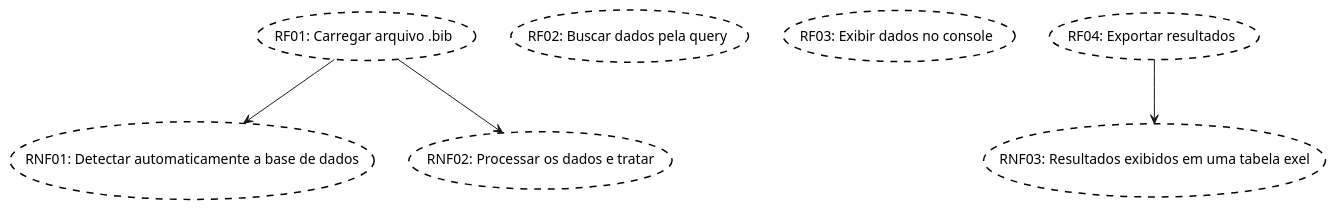
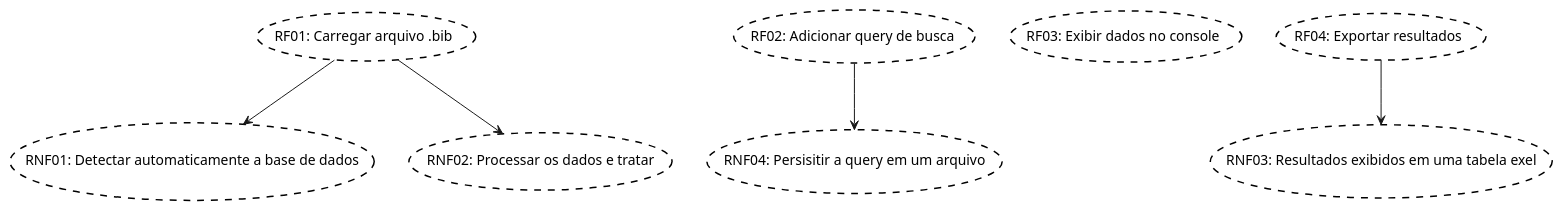
The diagram in docs/diagrama-de-requisitos.puml (RonyFonseca/BibSync), drawn with PlantUML before and after one commit.

Commit message:
docs(Diagrama-de-requisito): Mudanças no RF de query de busca.

```diff
--- a/docs/diagrama-de-requisitos.puml
+++ b/docs/diagrama-de-requisitos.puml
@@ -1,18 +1,20 @@
 @startuml
 ' Requisitos funcionais (RF)
 requirement "RF01: Carregar arquivo .bib" as RF01
-requirement "RF02: Buscar dados pela query" as RF02
+requirement "RF02: Adicionar query de busca" as RF02
 requirement "RF03: Exibir dados no console" as RF03
 requirement "RF04: Exportar resultados" as RF04
 
 ' Requisitos não funcionais (RNF)
 requirement "RNF01: Detectar automaticamente a base de dados" as RNF01
 requirement "RNF02: Processar os dados e tratar" as RNF02
 requirement "RNF03: Resultados exibidos em uma tabela exel" as RNF03
+requirement "RNF04: Persisitir a query em um arquivo" as RNF04
 
 
 RF01 --> RNF01
 RF01 --> RNF02
+RF02 --> RNF04
 RF04 --> RNF03
 
 @enduml
```
